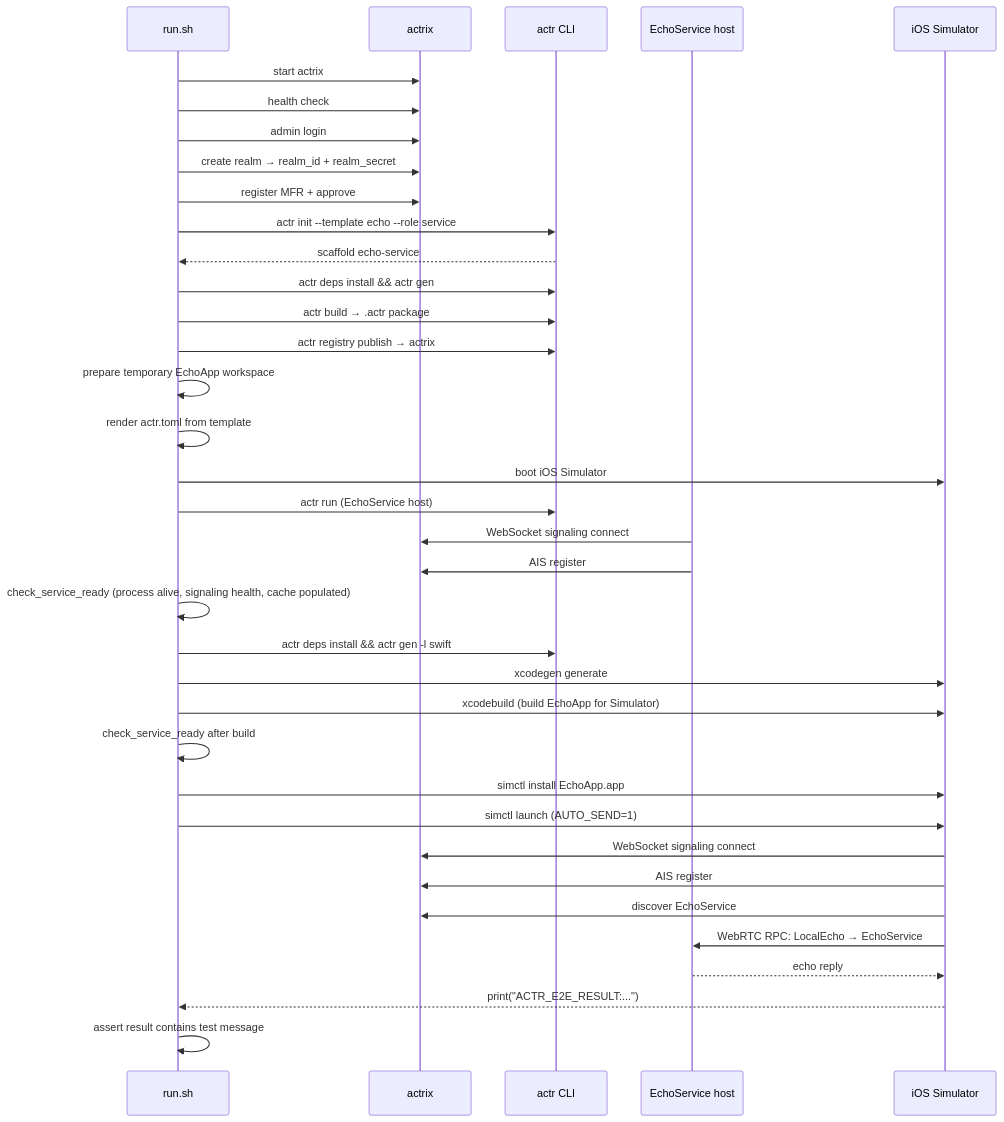
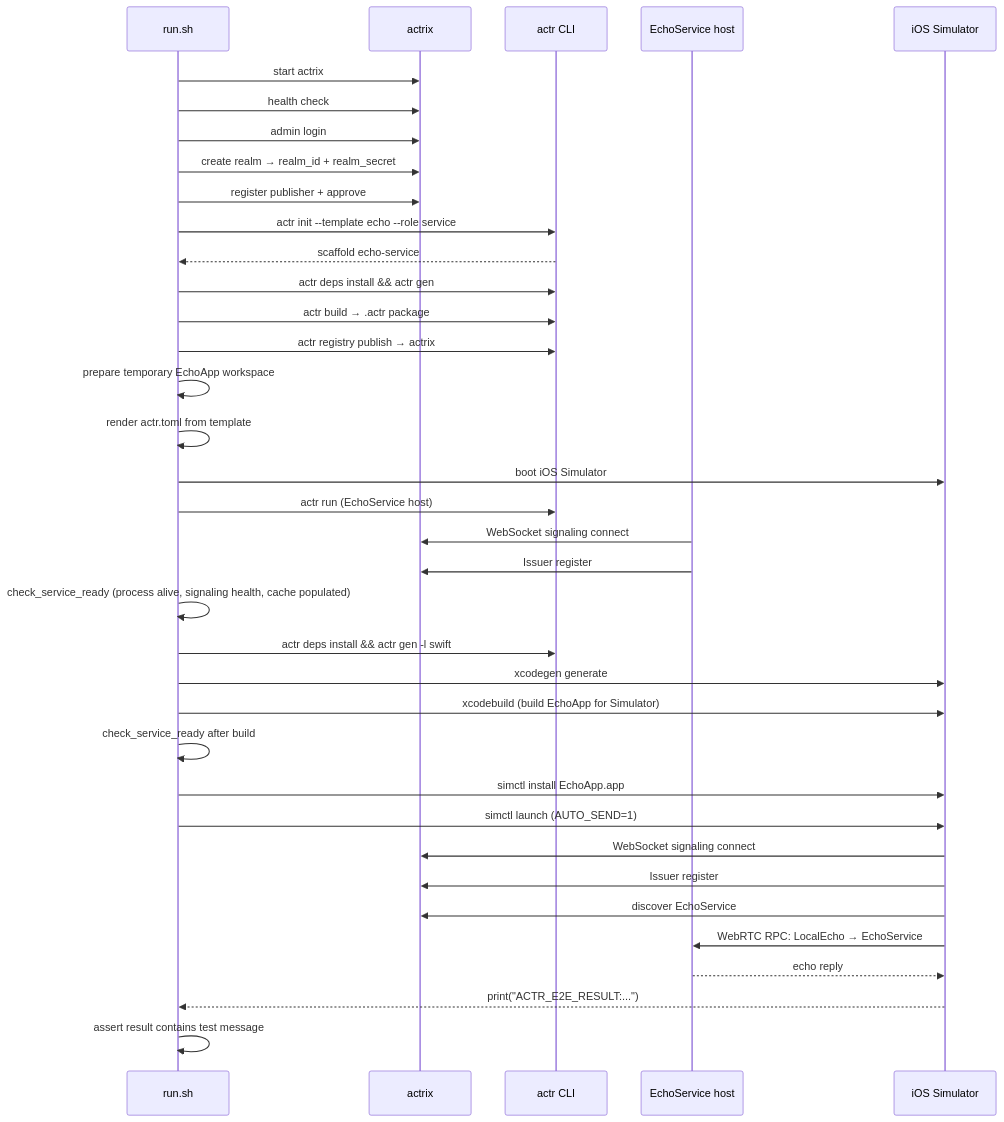
Before and after one commit to Actrium/actrium: the second of 2 diagrams in tests/e2e/actr/swift-echo-app/README.md, drawn with Mermaid. The commit also changed other lines of this file and 600 other files, not shown here.

First line of the commit message:
refactor: retire historical names manufacturer, MFR, AIS and KS

````diff
--- a/tests/e2e/actr/swift-echo-app/README.md
+++ b/tests/e2e/actr/swift-echo-app/README.md
@@ -36,44 +36,44 @@
 ```mermaid
 sequenceDiagram
     participant CI as run.sh
     participant AX as actrix
     participant CLI as actr CLI
     participant ES as EchoService host
     participant SIM as iOS Simulator
 
     CI->>AX: start actrix
     CI->>AX: health check
     CI->>AX: admin login
     CI->>AX: create realm → realm_id + realm_secret
-    CI->>AX: register MFR + approve
+    CI->>AX: register publisher + approve
 
     CI->>CLI: actr init --template echo --role service
     CLI-->>CI: scaffold echo-service
     CI->>CLI: actr deps install && actr gen
     CI->>CLI: actr build → .actr package
     CI->>CLI: actr registry publish → actrix
 
     CI->>CI: prepare temporary EchoApp workspace
     CI->>CI: render actr.toml from template
     CI->>SIM: boot iOS Simulator
 
     CI->>CLI: actr run (EchoService host)
     ES->>AX: WebSocket signaling connect
-    ES->>AX: AIS register
+    ES->>AX: Issuer register
     CI->>CI: check_service_ready (process alive, signaling health, cache populated)
     CI->>CLI: actr deps install && actr gen -l swift
     CI->>SIM: xcodegen generate
     CI->>SIM: xcodebuild (build EchoApp for Simulator)
     CI->>CI: check_service_ready after build
 
     CI->>SIM: simctl install EchoApp.app
     CI->>SIM: simctl launch (AUTO_SEND=1)
 
     SIM->>AX: WebSocket signaling connect
-    SIM->>AX: AIS register
+    SIM->>AX: Issuer register
     SIM->>AX: discover EchoService
     SIM->>ES: WebRTC RPC: LocalEcho → EchoService
     ES-->>SIM: echo reply
     SIM-->>CI: print("ACTR_E2E_RESULT:...")
     CI->>CI: assert result contains test message
 ```
````
